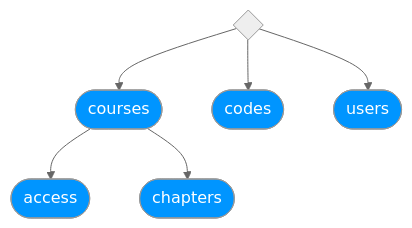
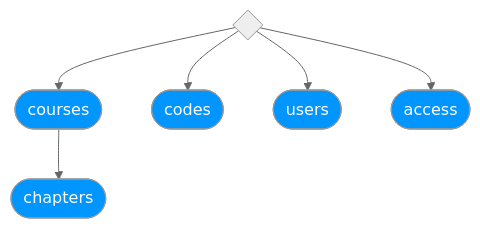
Before and after one commit to Temechon/nexify.io: the first of 6 diagrams in docs/datamodel.md, drawn with Mermaid (neutral theme). The commit also changed other lines of this file and 11 other files, not shown here.

````diff
--- a/docs/datamodel.md
+++ b/docs/datamodel.md
@@ -4,10 +4,10 @@
 ```mermaid
 graph TD
-root{ } --> courses & cod & users
-courses([courses]) --> ac([access]) & c([chapters])
+root{ } --> courses & cod & users & access([access])
+courses([courses]) --> c([chapters])
 cod([codes])
 users([users])
 
 classDef collections fill:#0095ff,color:white;
-class courses,cod,users,ac,c collections;
+class courses,cod,users,access,c collections;
 ```
````
